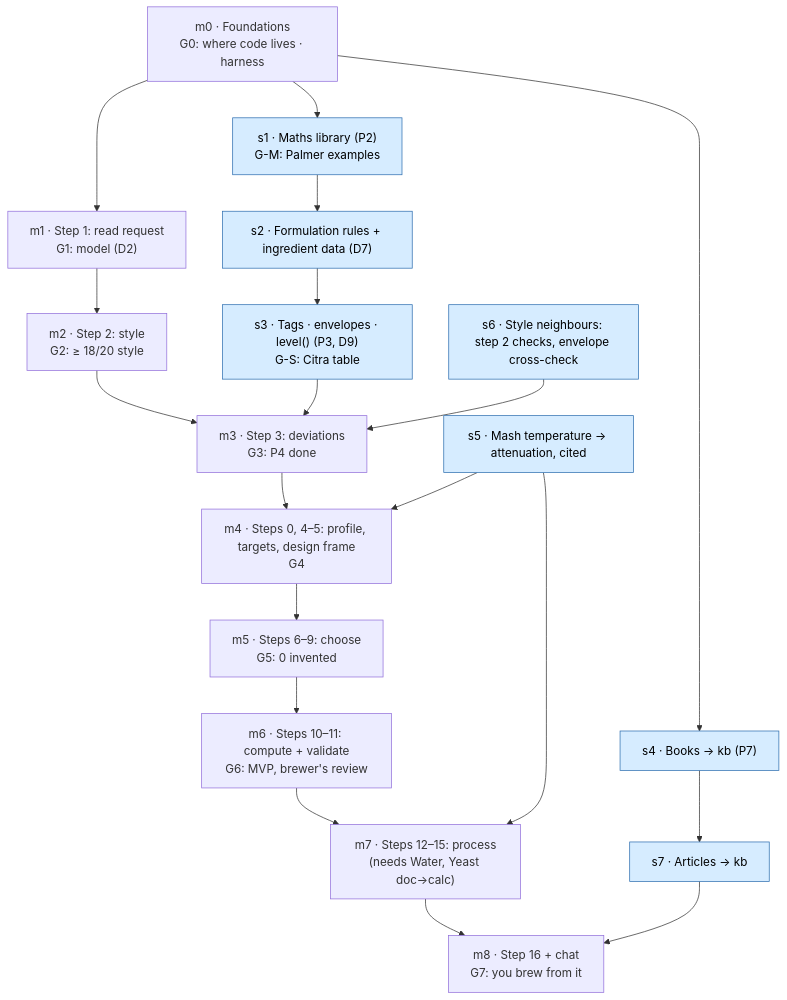
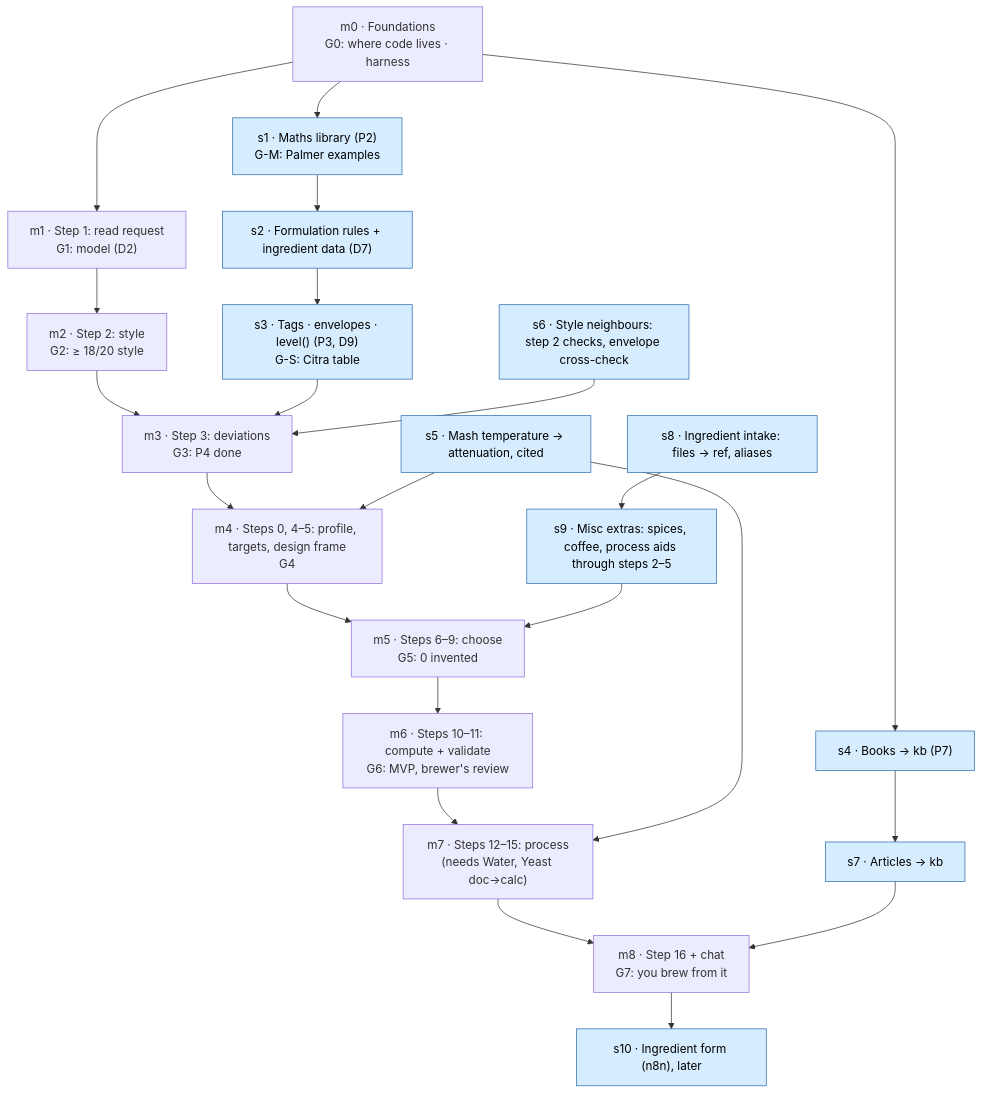
Before and after one commit to badacsonyigorenyember/homebrew_ai: the diagram in docs/WORKFLOW-ROADMAP.md, drawn with Mermaid. The commit also changed other lines of this file and 8 other files, not shown here.

Commit message:
Document misc extras (s9)

````diff
--- a/docs/WORKFLOW-ROADMAP.md
+++ b/docs/WORKFLOW-ROADMAP.md
@@ -28,24 +28,27 @@
 ```mermaid
 flowchart TD
     M0["m0 · Foundations<br/>G0: where code lives · harness"] --> M1 & S1 & S4
     M1["m1 · Step 1: read request<br/>G1: model (D2)"] --> M2
     M2["m2 · Step 2: style<br/>G2: ≥ 18/20 style"] --> M3
     S1["s1 · Maths library (P2)<br/>G-M: Palmer examples"] --> S2
     S2["s2 · Formulation rules + ingredient data (D7)"]
     S2 --> S3
     S3["s3 · Tags · envelopes · level() (P3, D9)<br/>G-S: Citra table"] --> M3
     S6["s6 · Style neighbours: step 2 checks, envelope cross-check"] --> M3
     M3["m3 · Step 3: deviations<br/>G3: P4 done"] --> M4
     S5["s5 · Mash temperature → attenuation, cited"] --> M4
     M4["m4 · Steps 0, 4–5: profile, targets, design frame<br/>G4"] --> M5
+    S8["s8 · Ingredient intake: files → ref, aliases"] --> S9
+    S9["s9 · Misc extras: spices, coffee, process aids through steps 2–5"] --> M5
     M5["m5 · Steps 6–9: choose<br/>G5: 0 invented"] --> M6
     M6["m6 · Steps 10–11: compute + validate<br/>G6: MVP, brewer's review"] --> M7
     M7["m7 · Steps 12–15: process<br/>(needs Water, Yeast doc→calc)"] --> M8
     S4["s4 · Books → kb (P7)"] --> S7
     S7["s7 · Articles → kb"] --> M8
     S5 --> M7
-    M8["m8 · Step 16 + chat<br/>G7: you brew from it"]
+    M8["m8 · Step 16 + chat<br/>G7: you brew from it"] --> S10
+    S10["s10 · Ingredient form (n8n), later"]
 
     classDef side fill:#d6ecff,stroke:#2f6fb0,color:#000
-    class S1,S2,S3,S4,S5,S6,S7 side
+    class S1,S2,S3,S4,S5,S6,S7,S8,S9,S10 side
 ```
````
